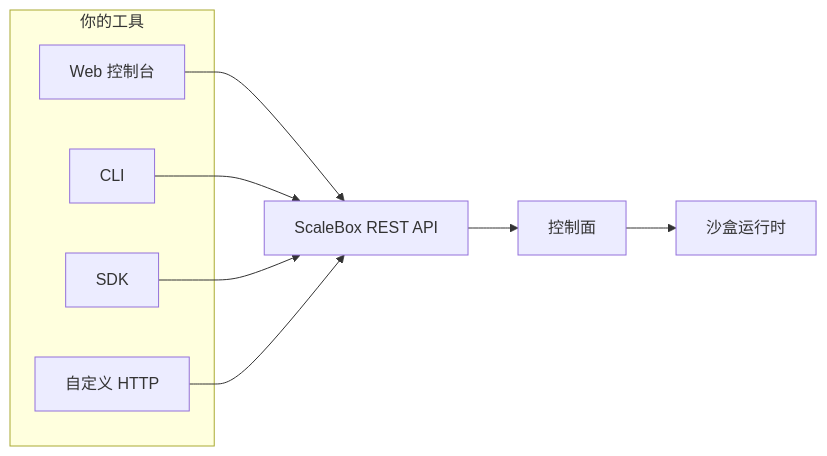
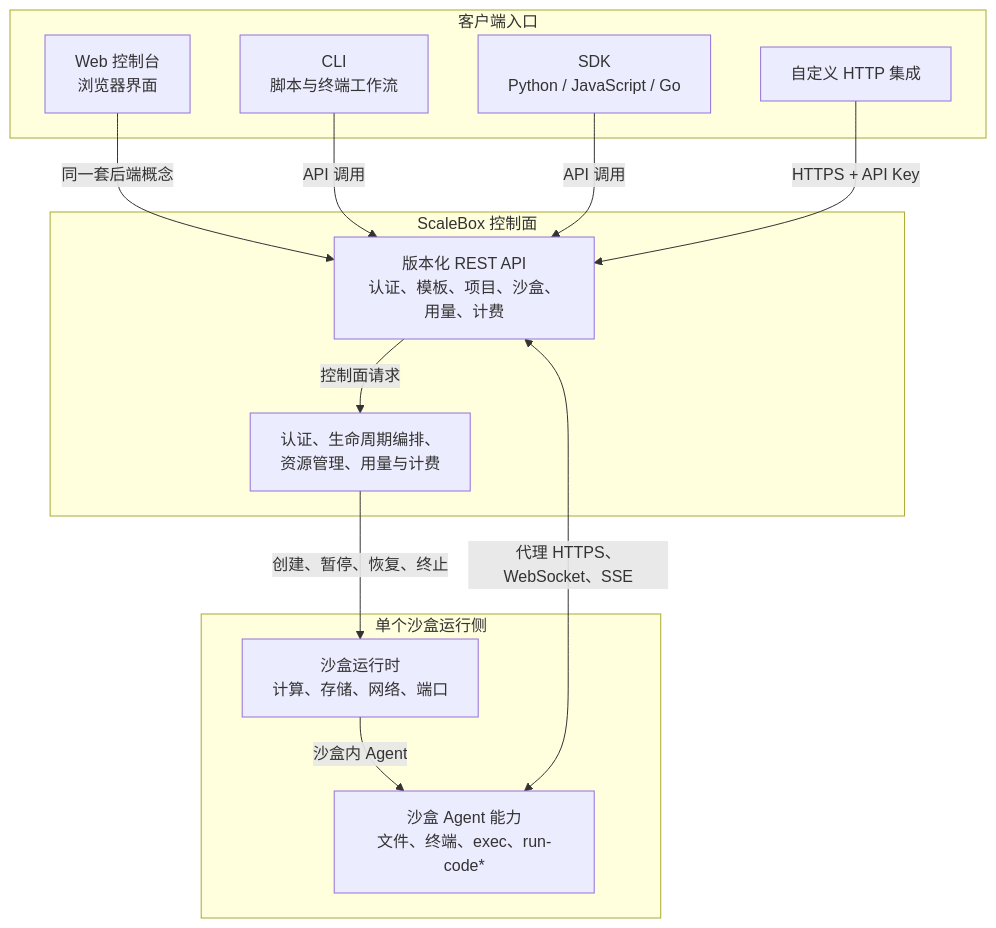
Before and after one commit to scalebox-dev/scalebox-docs: the diagram in content/zh-cn/guides/architecture-overview.mdx, drawn with Mermaid. The commit also changed other lines of this file and 2 other files, not shown here.

Commit message:
docs(guides): broaden platform overview and clarify architecture diagram
Expand API and CLI narratives (sandbox ops, exec/file flows, fuller CLI/API
coverage). Redraw mermaid with control plane, sandbox runtime, agent layer,
and proxied API paths. Align en/zh-cn/zh-tw.

Made-with: Cursor

````diff
--- a/content/zh-cn/guides/architecture-overview.mdx
+++ b/content/zh-cn/guides/architecture-overview.mdx
@@ -54,18 +54,29 @@
 ```mermaid
-flowchart LR
-  subgraph clients [你的工具]
-    Console[Web 控制台]
-    CLI[CLI]
-    SDK[SDK]
-    Raw[自定义 HTTP]
+flowchart TB
+  subgraph clients [客户端入口]
+    Console[Web 控制台<br/>浏览器界面]
+    CLI[CLI<br/>脚本与终端工作流]
+    SDK[SDK<br/>Python / JavaScript / Go]
+    Raw[自定义 HTTP 集成]
   end
-  API[ScaleBox REST API]
-  CP[控制面]
-  RT[沙盒运行时]
-  Console --> API
-  CLI --> API
-  SDK --> API
-  Raw --> API
-  API --> CP
-  CP --> RT
+
+  subgraph control [ScaleBox 控制面]
+    API[版本化 REST API<br/>认证、模板、项目、沙盒、用量、计费]
+    Services[认证、生命周期编排、<br/>资源管理、用量与计费]
+  end
+
+  subgraph sandbox [单个沙盒运行侧]
+    Runtime[沙盒运行时<br/>计算、存储、网络、端口]
+    Agent[沙盒 Agent 能力<br/>文件、终端、exec、run-code*]
+  end
+
+  Console -->|同一套后端概念| API
+  CLI -->|API 调用| API
+  SDK -->|API 调用| API
+  Raw -->|HTTPS + API Key| API
+
+  API -->|控制面请求| Services
+  Services -->|创建、暂停、恢复、终止| Runtime
+  Runtime -->|沙盒内 Agent| Agent
+  API <--> |代理 HTTPS、WebSocket、SSE| Agent
 ```
````
